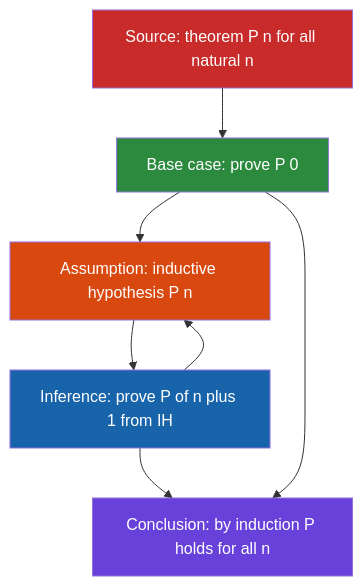
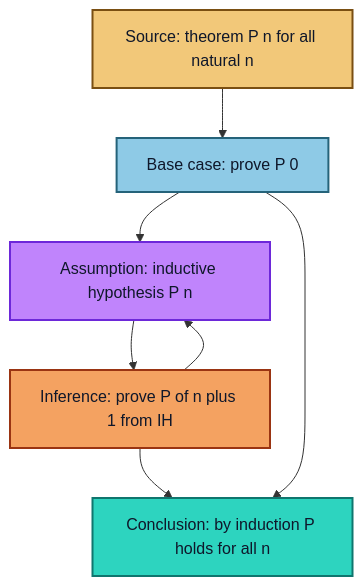
Before and after one commit to garywelz/progframe: the fifth of 8 diagrams in collaborations/mathematics-database/algorithms-axiomatic-theories-proofs-revised.md, drawn with Mermaid. The commit also changed other lines of this file and 13 other files, not shown here.

````diff
--- a/collaborations/mathematics-database/algorithms-axiomatic-theories-proofs-revised.md
+++ b/collaborations/mathematics-database/algorithms-axiomatic-theories-proofs-revised.md
@@ -327,18 +343,23 @@
 ```mermaid
 flowchart TD
   S["Source: theorem P n for all natural n"]
   B["Base case: prove P 0"]
   IH["Assumption: inductive hypothesis P n"]
   ST["Inference: prove P of n plus 1 from IH"]
   S --> B
   B --> IH
   IH --> ST
   ST --> IH
   ST --> C["Conclusion: by induction P holds for all n"]
   B --> C
-  style S fill:#c92a2a,color:#fff
-  style B fill:#2b8a3e,color:#fff
-  style IH fill:#d9480f,color:#fff
-  style ST fill:#1864ab,color:#fff
-  style C fill:#6741d9,color:#fff
+  classDef proofSource fill:#f2c879,stroke:#7a4f12,color:#0f172a,stroke-width:2px
+  classDef proofAssumption fill:#c084fc,stroke:#6d28d9,color:#0f172a,stroke-width:2px
+  classDef proofAssertion fill:#8ecae6,stroke:#25637a,color:#0f172a,stroke-width:2px
+  classDef proofInference fill:#f4a261,stroke:#9a3412,color:#0f172a,stroke-width:2px
+  classDef proofConclusion fill:#2dd4bf,stroke:#0f766e,color:#0f172a,stroke-width:2px
+  class S proofSource
+  class B proofAssertion
+  class IH proofAssumption
+  class ST proofInference
+  class C proofConclusion
 ```
````
